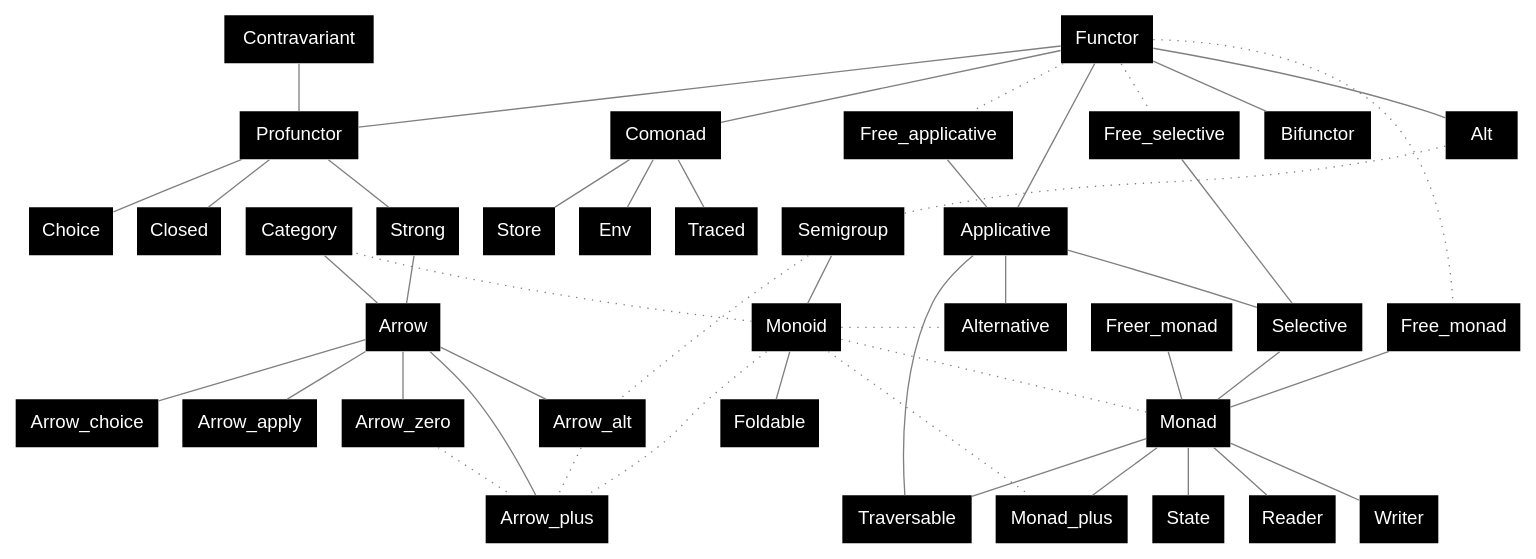
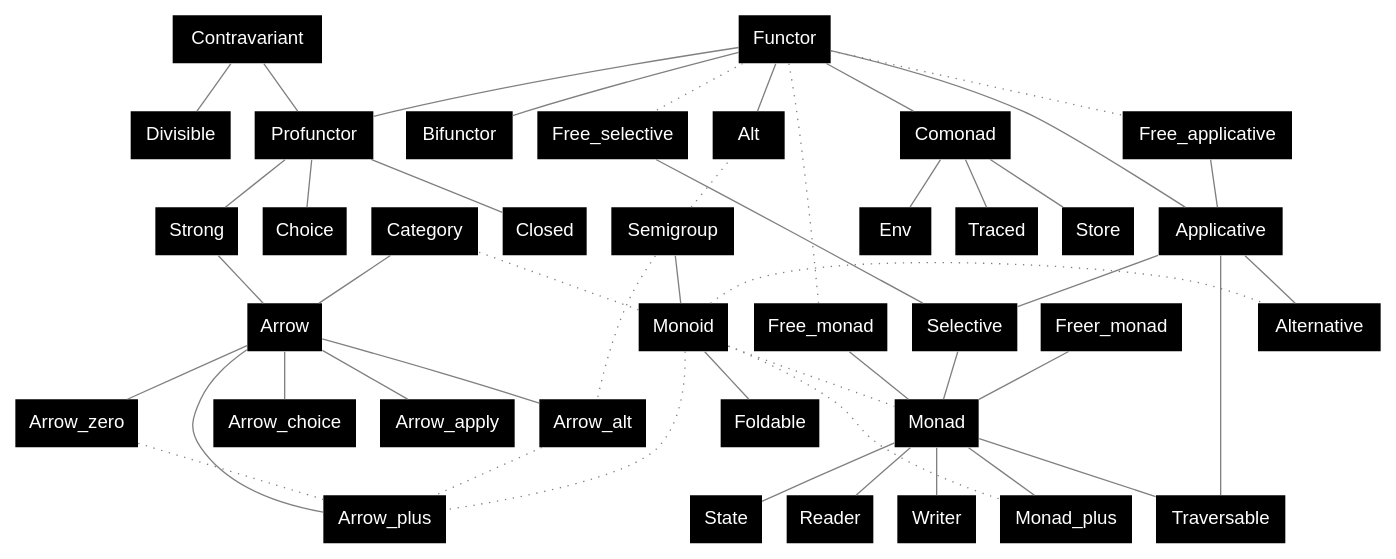
One commit to xvw/preface changed the diagram in .github/dot/specs.dot. Above: the diagram before and after it, drawn with Graphviz. The commit also changed 5 other files, not shown here.

Commit message:
Regeneration of diagrams and fix typo

```diff
--- a/.github/dot/specs.dot
+++ b/.github/dot/specs.dot
@@ -1,61 +1,63 @@
 graph {
         node [shape=plaintext; fontname = "Helvetica"; style=filled; fillcolor=black; fontcolor=white];
         edge [color = gray];
         
-        Contravariant;      
+        Contravariant;
+        Divisible;
         Functor -- Applicative -- Selective --  Monad;
         Applicative -- Alternative;
         Monad -- Monad_plus;
         Functor -- Alt;
         Functor -- Comonad;
         
         Semigroup -- Monoid;
         Monoid -- Alternative [style=dotted; arrowhead=none; constraint=false];
         Monoid -- Monad_plus [style=dotted; arrowhead=none; constraint=false];
         Semigroup -- Alt [style=dotted; arrowhead=none; constraint=false];
         Monoid -- Monad [style=dotted; arrowhead=none];
         Monoid -- Foldable;
 
         Functor -- Free_selective [style=dotted; arrowhead=none];
         Functor -- Free_applicative [style=dotted; arrowhead=none];
         Functor -- Free_monad [style=dotted; arrowhead=none];
         
         Free_selective -- Selective;
         Free_applicative -- Applicative;
         Free_monad -- Monad;
         Freer_monad -- Monad;
 
         Profunctor;
         Bifunctor;
 
+        Contravariant -- Divisible;
         Contravariant -- Profunctor;
         Functor -- Profunctor;
         Functor -- Bifunctor;
 
         Monad --State;
         Monad -- Reader;
         Monad -- Writer;
 
         Comonad -- Store;
         Comonad -- Env;
         Comonad -- Traced;
 
         Applicative -- Traversable;
         Monad -- Traversable;
 
         Monoid -- Category [style=dotted; arrowhead=none; constraint=false];
         Category -- Arrow;
         Profunctor -- Strong;
         Profunctor -- Choice;
         Profunctor -- Closed;
         Strong -- Arrow;
         Arrow -- Arrow_zero;
         Arrow -- Arrow_alt;
         Arrow -- Arrow_plus;
         Arrow -- Arrow_choice;
         Arrow -- Arrow_apply;
         Arrow_zero -- Arrow_plus [style=dotted; arrowhead=none];
         Arrow_alt -- Arrow_plus [style=dotted; arrowhead=none];
         Monoid -- Arrow_plus [style=dotted; arrowhead=none];
         Semigroup -- Arrow_alt [style=dotted; arrowhead=none];
 }
```
